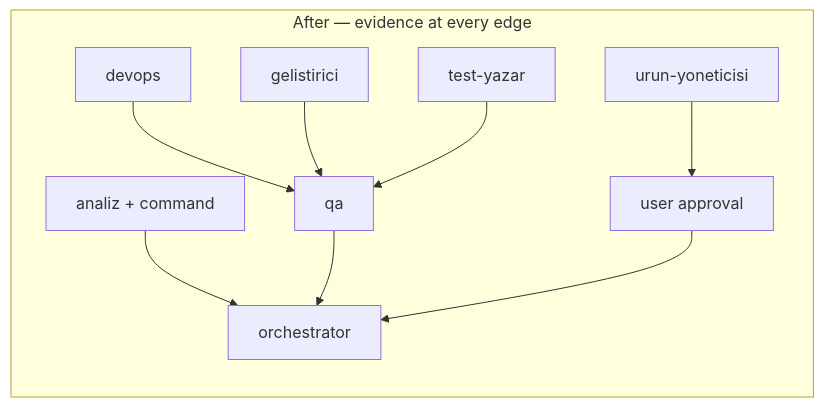
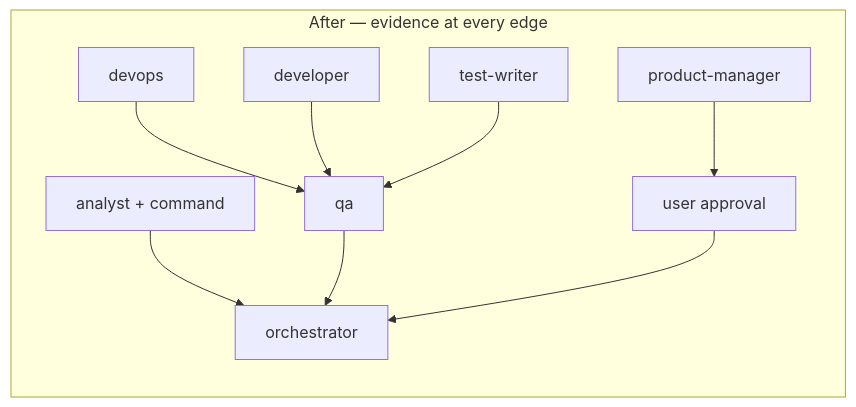
One commit to adyusuf/claude-code-standards changed the third of 3 diagrams in docs/case-04-the-audit-gap.md. Above: the diagram before and after it, drawn with Mermaid. The commit also changed other lines of this file, not shown here.

Commit message:
docs(case-04): the role names in the diagrams no longer exist
The document is in English but its two mermaid diagrams and its gap table still
named the roles in Turkish — gelistirici, analiz, urun-yoneticisi, test-yazar.
Those names were renamed when the rule set became English-only, so a reader
following the case could not look any of them up: there is no `gelistirici`
agent to inspect. Eight lines, now developer / analyst / product-manager /
test-writer.

scripts/step-stats.py deliberately keeps the old names and is left alone: its
ROLE_ALIASES map exists precisely to translate them, because historical
transcripts still carry them. There the Turkish is data, not prose.

````diff
--- a/docs/case-04-the-audit-gap.md
+++ b/docs/case-04-the-audit-gap.md
@@ -115,10 +115,10 @@
 ```mermaid
 flowchart LR
  subgraph after["After — evidence at every edge"]
- A2[analiz + command] --> O2[orchestrator]
+ A2[analyst + command] --> O2[orchestrator]
  D2[devops] --> Q2[qa] --> O2
- G2[gelistirici] --> Q2
- T2[test-yazar] --> Q2
- U2[urun-yoneticisi] --> UA[user approval] --> O2
+ G2[developer] --> Q2
+ T2[test-writer] --> Q2
+ U2[product-manager] --> UA[user approval] --> O2
  end
 ```
````
